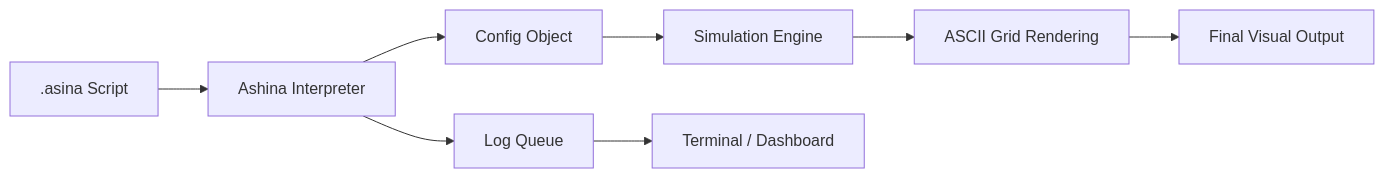
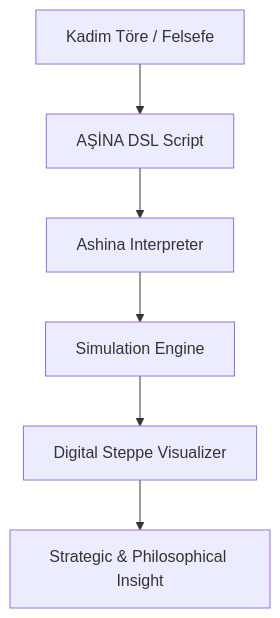
Before and after one commit to arch-yunus/BORI-LOGIC: the diagram in README.md, drawn with Mermaid. The commit also changed other lines of this file, not shown here.

````diff
--- a/README.md
+++ b/README.md
@@ -43,10 +49,8 @@
 ```mermaid
-graph LR
-    Script[.asina Script] --> Interp[Ashina Interpreter]
-    Interp --> Config[Config Object]
-    Interp --> LogQueue[Log Queue]
-    Config --> Engine[Simulation Engine]
-    LogQueue --> UI[Terminal / Dashboard]
-    Engine --> Grid[ASCII Grid Rendering]
-    Grid --> User[Final Visual Output]
+graph TD
+    Tore[Kadim Töre / Felsefe] --> Ashina[AŞİNA DSL Script]
+    Ashina --> Interp[Ashina Interpreter]
+    Interp --> Engine[Simulation Engine]
+    Engine --> Steppe[Digital Steppe Visualizer]
+    Steppe --> Insight[Strategic & Philosophical Insight]
 ```
````
